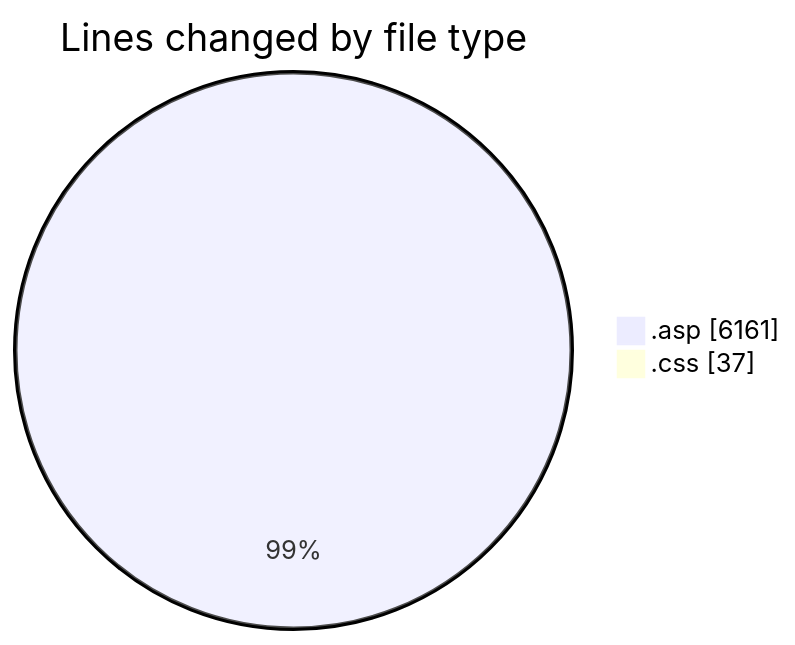
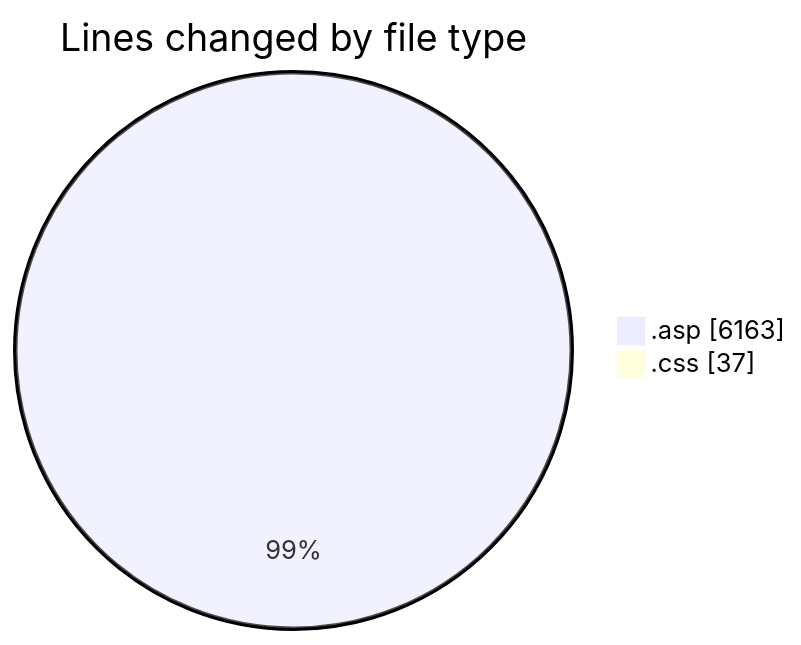
One commit to julien-gomy/code-tracking changed the first of 2 diagrams in 2025-11-02/cdp_aleoudev_fr__workspace_/README.md. Above: the diagram before and after it, drawn with Mermaid. The commit also changed other lines of this file and 1 other file, not shown here.

````diff
--- a/2025-11-02/cdp_aleoudev_fr__workspace_/README.md
+++ b/2025-11-02/cdp_aleoudev_fr__workspace_/README.md
@@ -25,6 +25,6 @@
 ```mermaid
 pie showData
 title Lines changed by file type
-".asp" : 6161
+".asp" : 6163
 ".css" : 37
 ```
````
